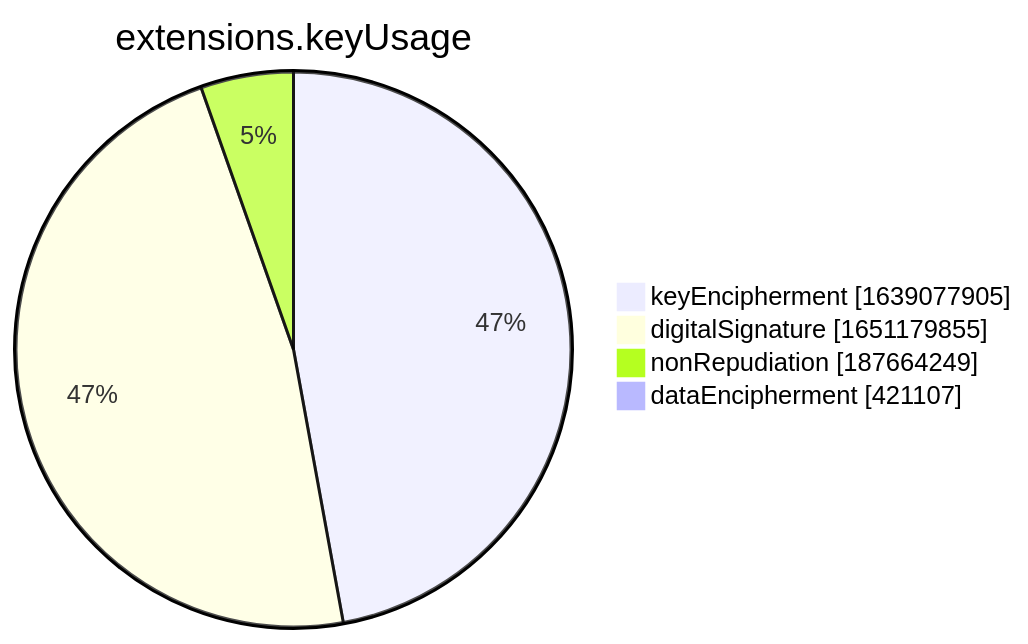
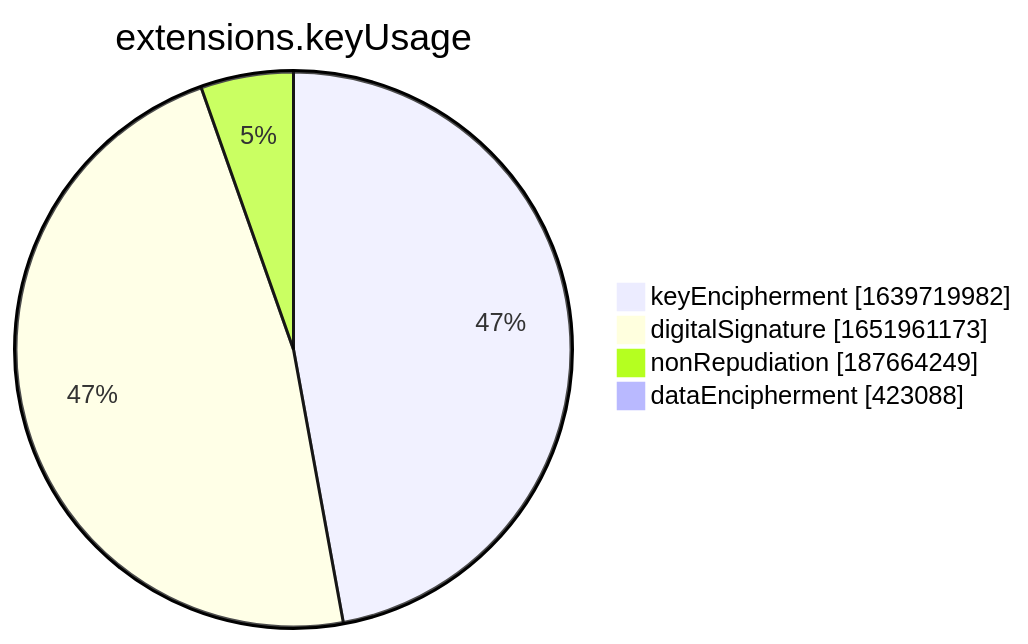
The seventh of 15 diagrams in xenon2022/README.md (christiankrug/ctmonitor_visualization), drawn with Mermaid before and after one commit. The commit also changed other lines of this file, not shown here.

````diff
--- a/xenon2022/README.md
+++ b/xenon2022/README.md
@@ -2856,8 +2856,8 @@
 ```mermaid
 pie showData
 title extensions.keyUsage
-"keyEncipherment" :1639077905
-"digitalSignature" :1651179855
+"keyEncipherment" :1639719982
+"digitalSignature" :1651961173
 "nonRepudiation" :187664249
-"dataEncipherment" :421107
+"dataEncipherment" :423088
 ```
````
